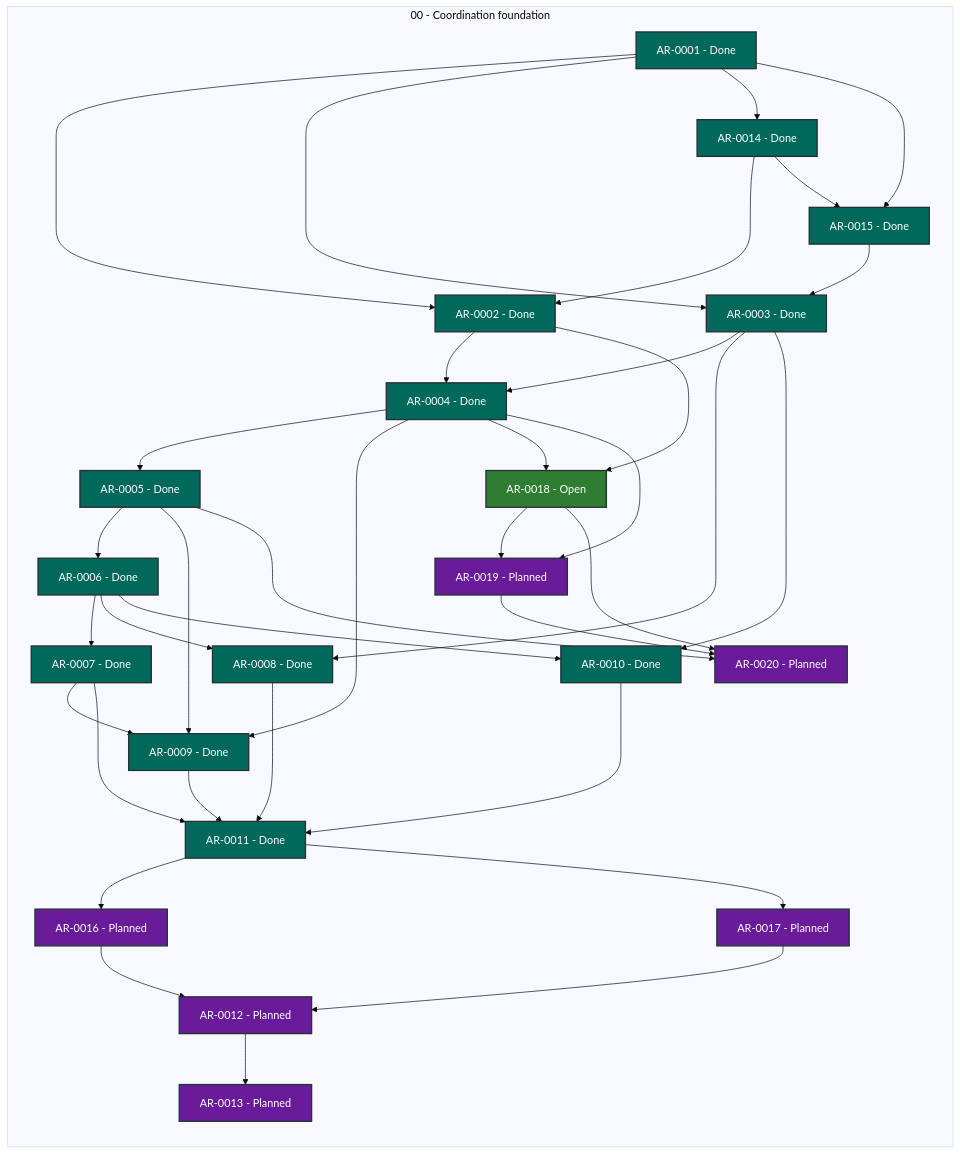
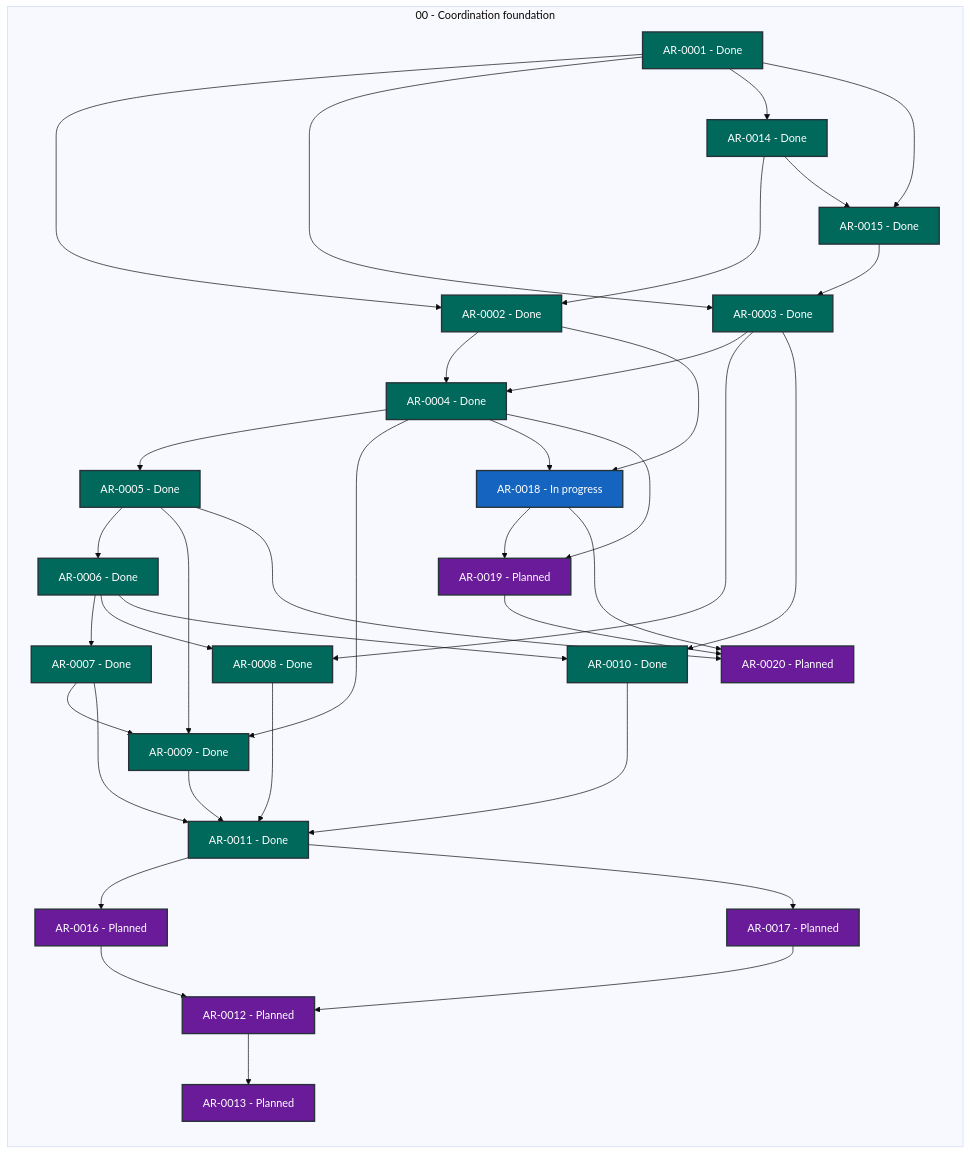
One commit to martin-beck/agent-workflow-tui-state changed the diagram in STATUS.md. Above: the diagram before and after it, drawn with Mermaid (base theme). The commit also changed other lines of this file and 2 other files, not shown here.

````diff
--- a/STATUS.md
+++ b/STATUS.md
@@ -27,69 +27,69 @@
 ```mermaid
 flowchart LR
     subgraph series_00["00 - Coordination foundation"]
         direction TB
         AR_0001["AR-0001 - Done"]:::status_done
         AR_0002["AR-0002 - Done"]:::status_done
         AR_0003["AR-0003 - Done"]:::status_done
         AR_0004["AR-0004 - Done"]:::status_done
         AR_0005["AR-0005 - Done"]:::status_done
         AR_0006["AR-0006 - Done"]:::status_done
         AR_0007["AR-0007 - Done"]:::status_done
         AR_0008["AR-0008 - Done"]:::status_done
         AR_0009["AR-0009 - Done"]:::status_done
         AR_0010["AR-0010 - Done"]:::status_done
         AR_0011["AR-0011 - Done"]:::status_done
         AR_0012["AR-0012 - Planned"]:::status_planned
         AR_0013["AR-0013 - Planned"]:::status_planned
         AR_0014["AR-0014 - Done"]:::status_done
         AR_0015["AR-0015 - Done"]:::status_done
         AR_0016["AR-0016 - Planned"]:::status_planned
         AR_0017["AR-0017 - Planned"]:::status_planned
-        AR_0018["AR-0018 - Open"]:::status_open
+        AR_0018["AR-0018 - In progress"]:::status_in_progress
         AR_0019["AR-0019 - Planned"]:::status_planned
         AR_0020["AR-0020 - Planned"]:::status_planned
     end
     AR_0001 --> AR_0002
     AR_0001 --> AR_0003
     AR_0001 --> AR_0014
     AR_0001 --> AR_0015
     AR_0002 --> AR_0004
     AR_0002 --> AR_0018
     AR_0003 --> AR_0004
     AR_0003 --> AR_0008
     AR_0003 --> AR_0010
     AR_0004 --> AR_0005
     AR_0004 --> AR_0009
     AR_0004 --> AR_0018
     AR_0004 --> AR_0019
     AR_0005 --> AR_0006
     AR_0005 --> AR_0009
     AR_0005 --> AR_0020
     AR_0006 --> AR_0007
     AR_0006 --> AR_0008
     AR_0006 --> AR_0010
     AR_0007 --> AR_0009
     AR_0007 --> AR_0011
     AR_0008 --> AR_0011
     AR_0009 --> AR_0011
     AR_0010 --> AR_0011
     AR_0011 --> AR_0016
     AR_0011 --> AR_0017
     AR_0012 --> AR_0013
     AR_0014 --> AR_0002
     AR_0014 --> AR_0015
     AR_0015 --> AR_0003
     AR_0016 --> AR_0012
     AR_0017 --> AR_0012
     AR_0018 --> AR_0019
     AR_0018 --> AR_0020
     AR_0019 --> AR_0020
     classDef status_in_progress fill:#1565c0,color:#ffffff,stroke:#263238,stroke-width:2px
     classDef status_open fill:#2e7d32,color:#ffffff,stroke:#263238,stroke-width:2px
     classDef status_blocked fill:#c62828,color:#ffffff,stroke:#263238,stroke-width:2px
     classDef status_planned fill:#6a1b9a,color:#ffffff,stroke:#263238,stroke-width:2px
     classDef status_future fill:#455a64,color:#ffffff,stroke:#263238,stroke-width:2px
     classDef status_done fill:#00695c,color:#ffffff,stroke:#263238,stroke-width:2px
     classDef status_cancelled fill:#616161,color:#ffffff,stroke:#263238,stroke-width:2px
     classDef status_superseded fill:#5d4037,color:#ffffff,stroke:#263238,stroke-width:2px
 ```
````
